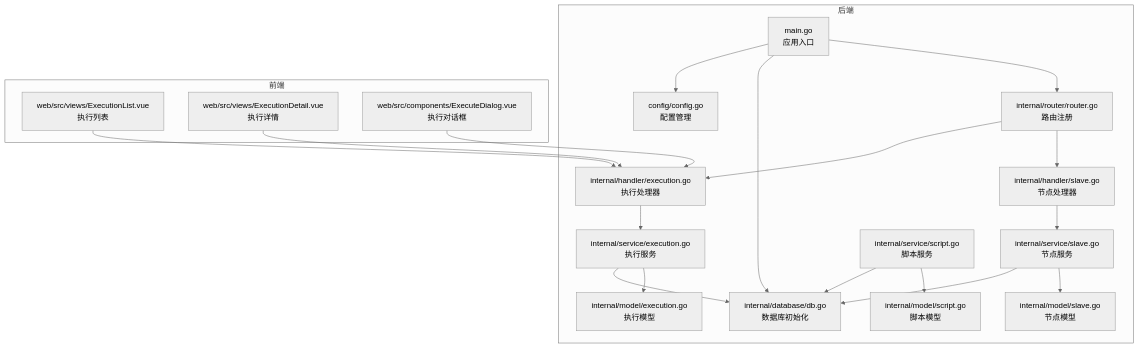
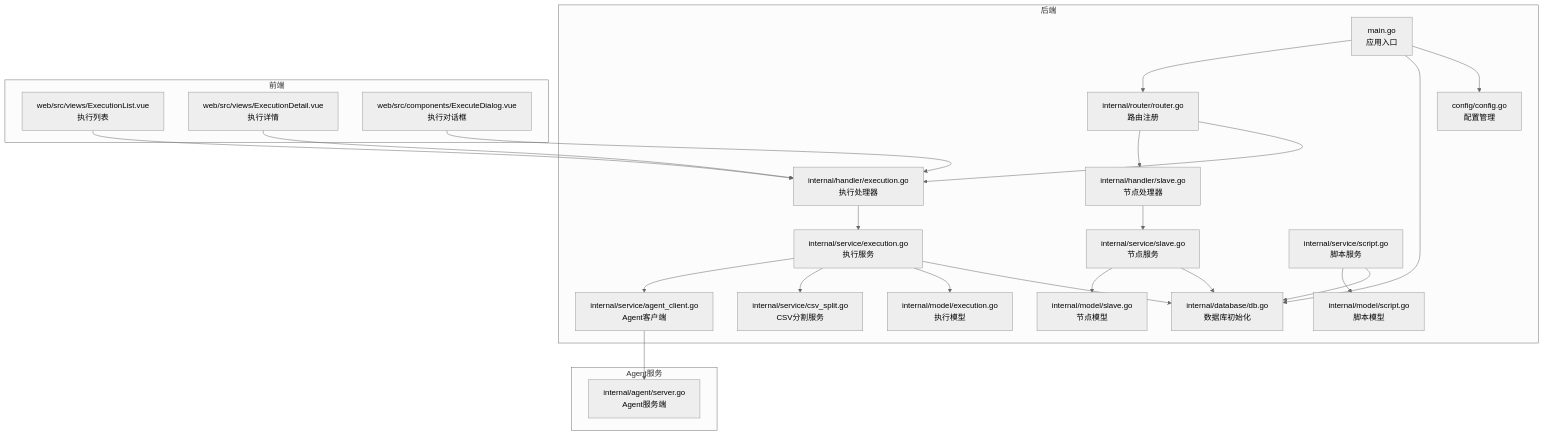
The first of 9 diagrams in .qoder/repowiki/zh/content/核心业务模块/执行管理系统/执行管理系统.md (Liyuhao02/Jmeter-Admin), drawn with Mermaid (neutral theme) before and after one commit. The commit also changed other lines of this file and 13 other files, not shown here.

````diff
--- a/.qoder/repowiki/zh/content/核心业务模块/执行管理系统/执行管理系统.md
+++ b/.qoder/repowiki/zh/content/核心业务模块/执行管理系统/执行管理系统.md
@@ -56,38 +61,46 @@
 ```mermaid
 graph TB
 subgraph "后端"
 M["main.go<br/>应用入口"]
 CFG["config/config.go<br/>配置管理"]
 DB["internal/database/db.go<br/>数据库初始化"]
 RT["internal/router/router.go<br/>路由注册"]
 SVC_EXE["internal/service/execution.go<br/>执行服务"]
 SVC_SLAVE["internal/service/slave.go<br/>节点服务"]
 SVC_SCRIPT["internal/service/script.go<br/>脚本服务"]
+SVC_CSV["internal/service/csv_split.go<br/>CSV分割服务"]
+SVC_AGENT["internal/service/agent_client.go<br/>Agent客户端"]
 HDL_EXE["internal/handler/execution.go<br/>执行处理器"]
 HDL_SLAVE["internal/handler/slave.go<br/>节点处理器"]
 MODEL_EXE["internal/model/execution.go<br/>执行模型"]
 MODEL_SLAVE["internal/model/slave.go<br/>节点模型"]
 MODEL_SCRIPT["internal/model/script.go<br/>脚本模型"]
 end
 subgraph "前端"
 VIEW_LIST["web/src/views/ExecutionList.vue<br/>执行列表"]
 VIEW_DETAIL["web/src/views/ExecutionDetail.vue<br/>执行详情"]
 VIEW_DIALOG["web/src/components/ExecuteDialog.vue<br/>执行对话框"]
+end
+subgraph "Agent服务"
+AGENT_SERVER["internal/agent/server.go<br/>Agent服务端"]
 end
 M --> CFG
 M --> DB
 M --> RT
 RT --> HDL_EXE
 RT --> HDL_SLAVE
 HDL_EXE --> SVC_EXE
 HDL_SLAVE --> SVC_SLAVE
 SVC_EXE --> DB
 SVC_SLAVE --> DB
 SVC_SCRIPT --> DB
 SVC_EXE --> MODEL_EXE
 SVC_SLAVE --> MODEL_SLAVE
 SVC_SCRIPT --> MODEL_SCRIPT
+SVC_EXE --> SVC_CSV
+SVC_EXE --> SVC_AGENT
+SVC_AGENT --> AGENT_SERVER
 VIEW_LIST --> HDL_EXE
 VIEW_DETAIL --> HDL_EXE
 VIEW_DIALOG --> HDL_EXE
 ```
````
